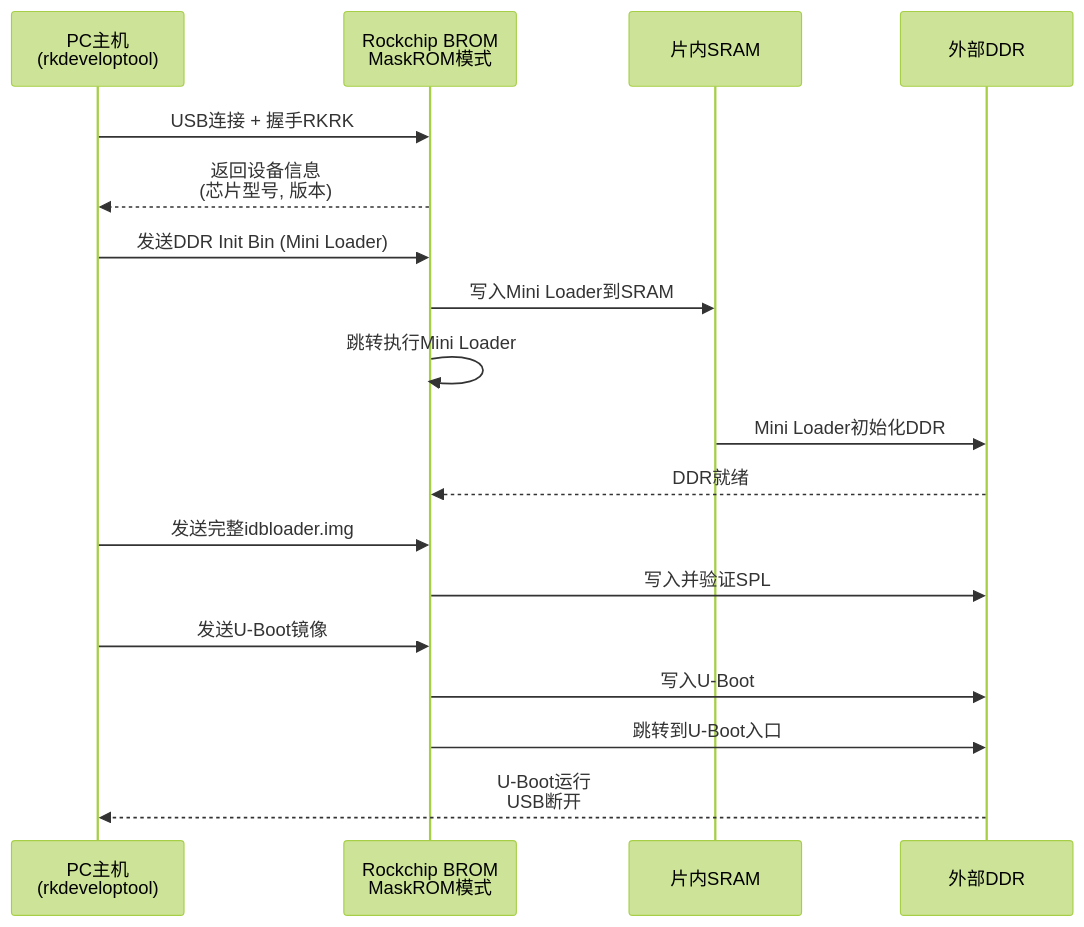
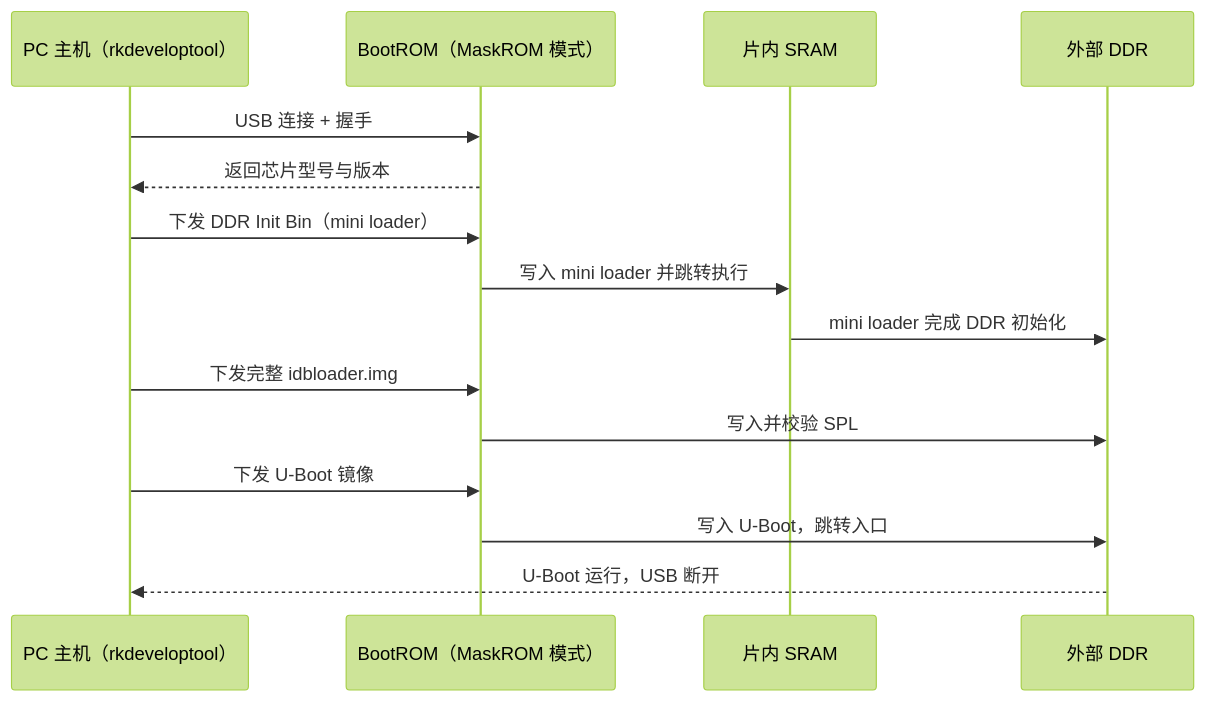
One commit to xiaohong0925/Embedded_Knowledge_System_V2026 changed the second of 2 diagrams in docs/02-核心机制深度解析/第7章 启动链深度解析/7.1.2_启动介质检测顺序.md. Above: the diagram before and after it, drawn with Mermaid (forest theme). The commit also changed other lines of this file and 20 other files, not shown here.

````diff
--- a/docs/02-核心机制深度解析/第7章 启动链深度解析/7.1.2_启动介质检测顺序.md
+++ b/docs/02-核心机制深度解析/第7章 启动链深度解析/7.1.2_启动介质检测顺序.md
@@ -310,21 +164,18 @@
 ```mermaid
 sequenceDiagram
-    participant PC as PC主机<br>(rkdeveloptool)
-    participant BROM as Rockchip BROM<br>MaskROM模式
-    participant SRAM as 片内SRAM
-    participant DDR as 外部DDR
+    participant PC as PC 主机（rkdeveloptool）
+    participant BROM as BootROM（MaskROM 模式）
+    participant SRAM as 片内 SRAM
+    participant DDR as 外部 DDR
 
-    PC->>BROM: USB连接 + 握手RKRK
-    BROM-->>PC: 返回设备信息<br>(芯片型号, 版本)
-    PC->>BROM: 发送DDR Init Bin (Mini Loader)
-    BROM->>SRAM: 写入Mini Loader到SRAM
-    BROM->>BROM: 跳转执行Mini Loader
-    SRAM->>DDR: Mini Loader初始化DDR
-    DDR-->>BROM: DDR就绪
-    PC->>BROM: 发送完整idbloader.img
-    BROM->>DDR: 写入并验证SPL
-    PC->>BROM: 发送U-Boot镜像
-    BROM->>DDR: 写入U-Boot
-    BROM->>DDR: 跳转到U-Boot入口
-    DDR-->>PC: U-Boot运行<br>USB断开
+    PC->>BROM: USB 连接 + 握手
+    BROM-->>PC: 返回芯片型号与版本
+    PC->>BROM: 下发 DDR Init Bin（mini loader）
+    BROM->>SRAM: 写入 mini loader 并跳转执行
+    SRAM->>DDR: mini loader 完成 DDR 初始化
+    PC->>BROM: 下发完整 idbloader.img
+    BROM->>DDR: 写入并校验 SPL
+    PC->>BROM: 下发 U-Boot 镜像
+    BROM->>DDR: 写入 U-Boot，跳转入口
+    DDR-->>PC: U-Boot 运行，USB 断开
 ```
````
